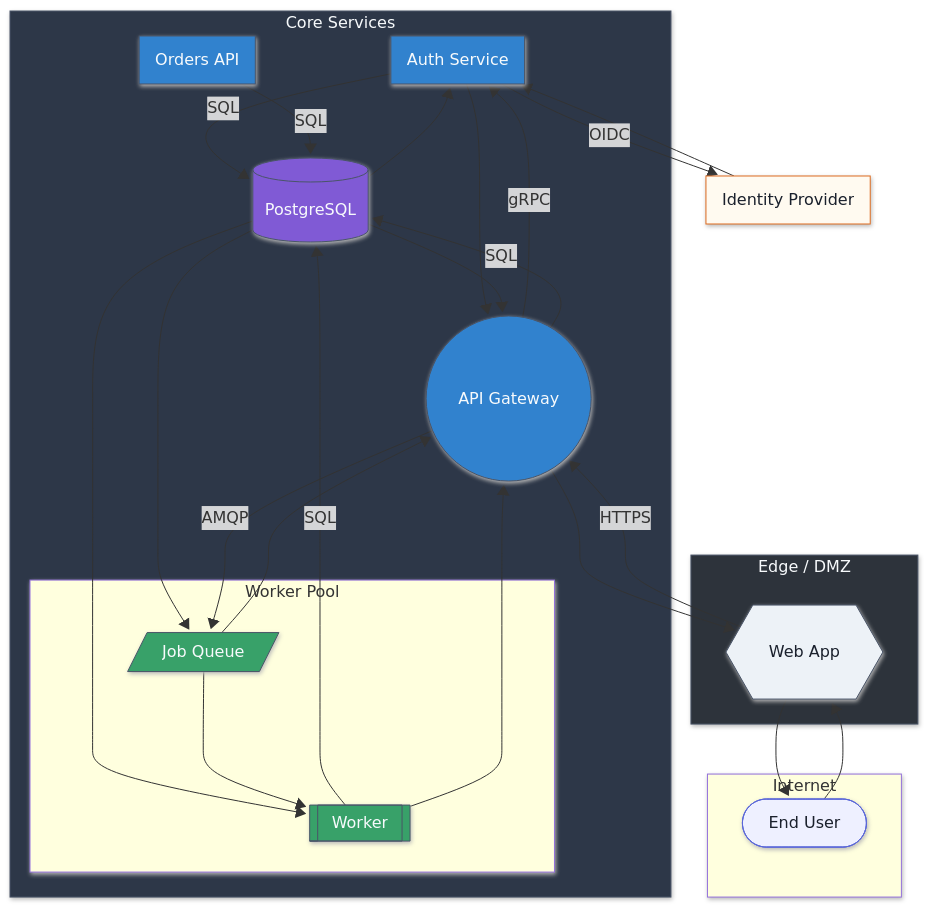
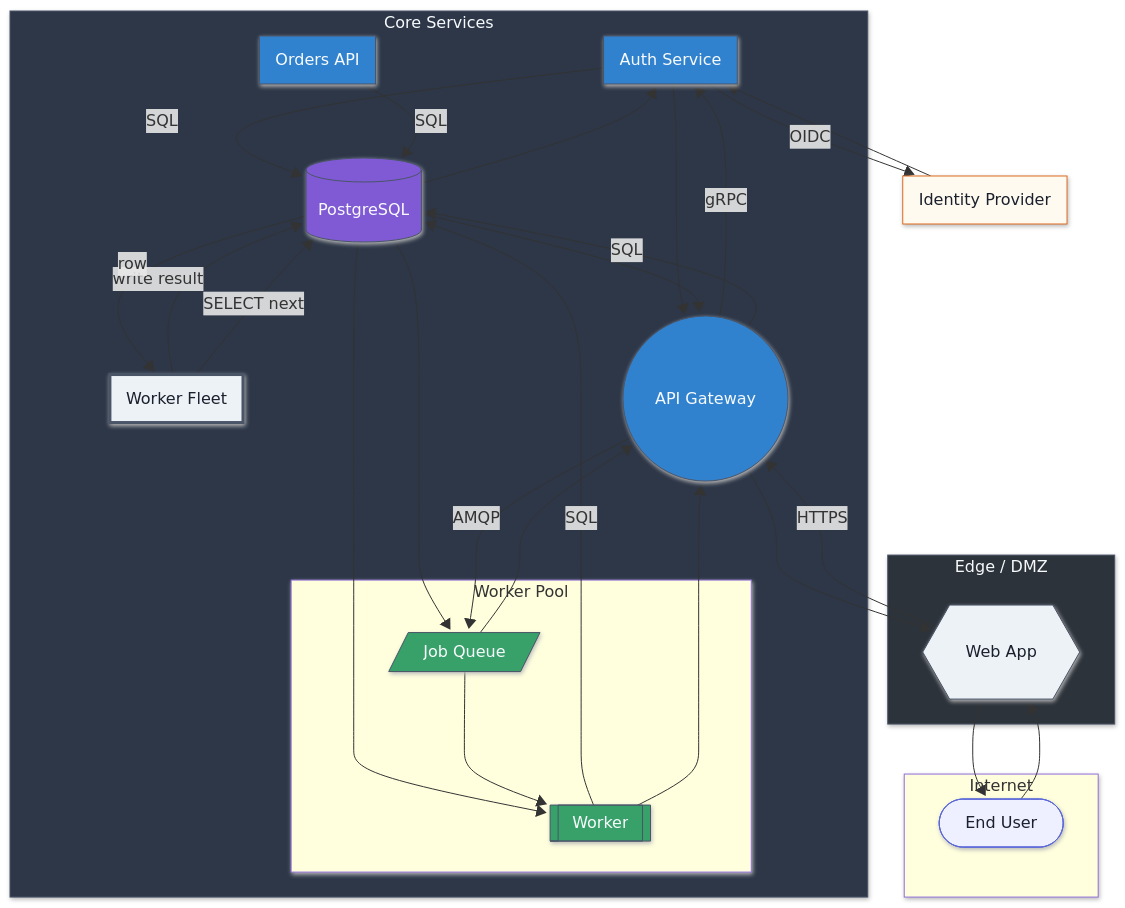
Before and after one commit to hallundbaek/archinix: the diagram in docs/architecture.md, drawn with Mermaid. The commit also changed other lines of this file and 33 other files, not shown here.

````diff
--- a/docs/architecture.md
+++ b/docs/architecture.md
@@ -3,66 +3,73 @@
 ```mermaid
 %%{init: {"look":"neo"} }%%
 flowchart TD
 subgraph b_core["Core Services"]
 auth["Auth Service"]
 db[("PostgreSQL")]
+fleet["Worker Fleet"]
 gateway(("API Gateway"))
 orders["Orders API"]
 subgraph b_core_workers["Worker Pool"]
 queue[/"Job Queue"/]
 worker[["Worker"]]
 end
 end
 subgraph b_edge["Edge / DMZ"]
 web{{"Web App"}}
 end
 idp["Identity Provider"]
 subgraph b_internet["Internet"]
 user(["End User"])
 end
 auth -->|"SQL"| db
 auth --> gateway
 auth -->|"OIDC"| idp
 db --> auth
 db --> gateway
 db --> queue
 db --> worker
 gateway -->|"gRPC"| auth
 gateway -->|"SQL"| db
 gateway -->|"AMQP"| queue
 gateway --> web
 idp --> auth
 orders -->|"SQL"| db
 queue --> gateway
 queue --> worker
 user --> web
 web -->|"HTTPS"| gateway
 web --> user
 worker -->|"SQL"| db
 worker --> gateway
+fleet -->|"write result"| db
+fleet -->|"SELECT next"| db
+db -->|"row"| fleet
 classDef actor fill:#eef0ff,stroke:#5a67d8,color:#1a202c
 classDef participant fill:#eaf5ff,stroke:#3182ce,color:#1a202c
 classDef boundary fill:#edf2f7,stroke:#4a5568,color:#1a202c
 classDef control fill:#e6fffa,stroke:#319795,color:#1a202c
 classDef entity fill:#fffaf0,stroke:#dd6b20,color:#1a202c
 classDef database fill:#faf5ff,stroke:#805ad5,color:#1a202c
 classDef collections fill:#f0fff4,stroke:#38a169,color:#1a202c
 classDef queue fill:#fff5f5,stroke:#e53e3e,color:#1a202c
+classDef composite fill:#edf2f7,stroke:#4a5568,stroke-width:3px,color:#1a202c
+classDef ancestor fill:#f7fafc,stroke:#718096,stroke-dasharray:5,5,color:#1a202c
 class user actor
 class web boundary
 class gateway control
 class auth participant
 class db database
 class idp entity
 class queue queue
 class worker collections
 class orders participant
+class fleet composite
 style auth fill:#3182ce,stroke:#4a5568,color:#f7fafc
 style db fill:#805ad5,stroke:#4a5568,color:#f7fafc
 style gateway fill:#3182ce,stroke:#4a5568,color:#f7fafc
 style orders fill:#3182ce,stroke:#4a5568,color:#f7fafc
 style queue fill:#38a169,stroke:#4a5568,color:#f7fafc
 style worker fill:#38a169,stroke:#4a5568,color:#f7fafc
 style b_core fill:#2D3748,stroke:#4a5568,color:#f7fafc
 style b_edge fill:#2d333b,stroke:#4a5568,color:#f7fafc
 ```
````
